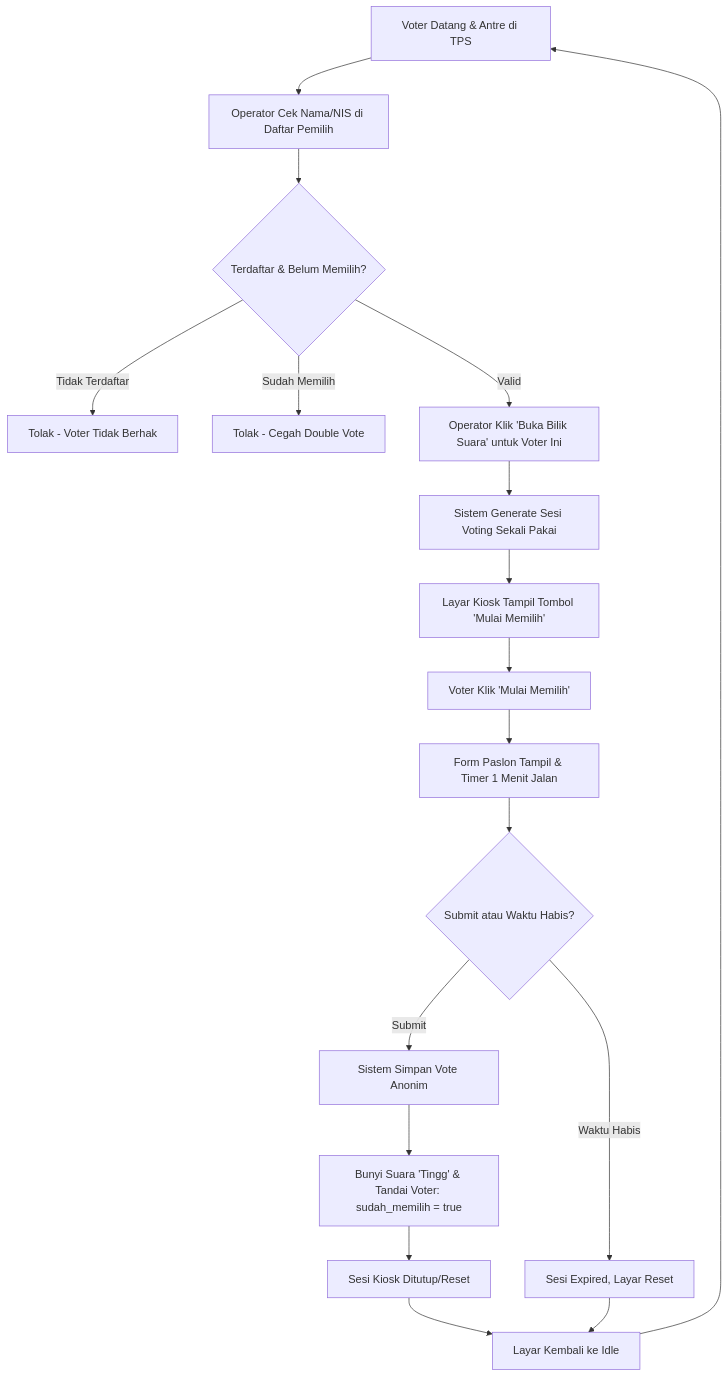
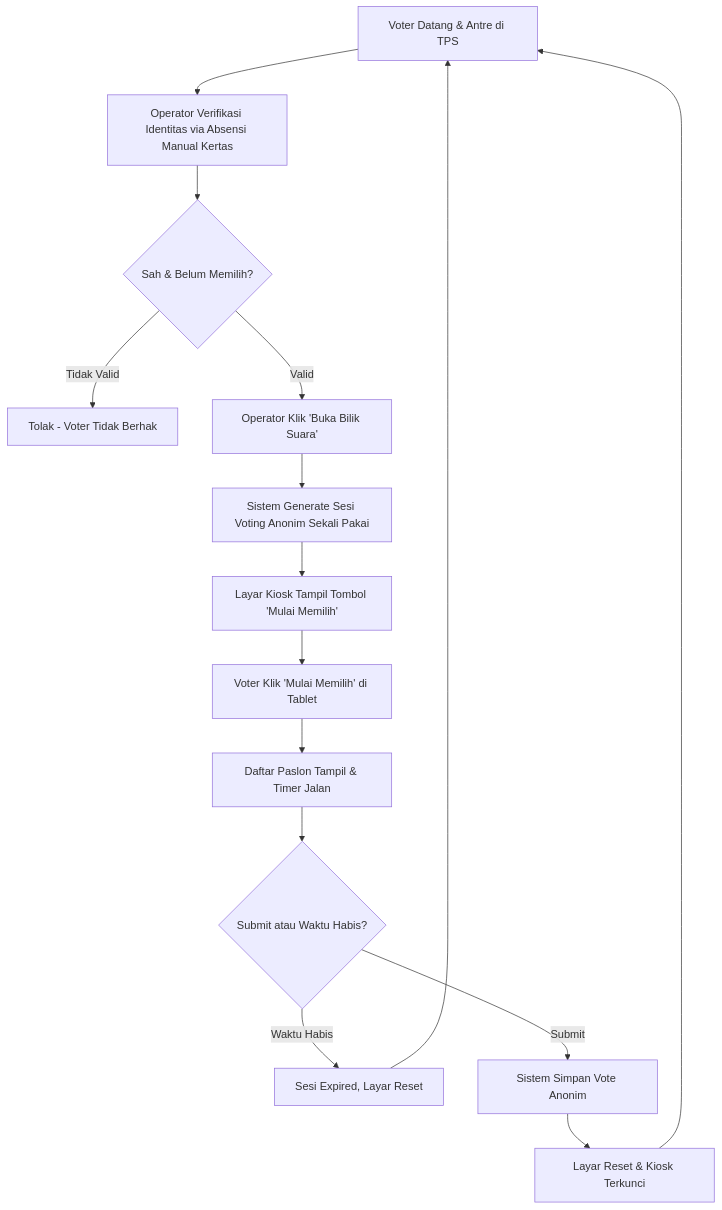
The second of 4 diagrams in docs/prd (1).md (Adityamewmew/smartVoting), drawn with Mermaid before and after one commit. The commit also changed other lines of this file, not shown here.

````diff
--- a/docs/prd (1).md
+++ b/docs/prd (1).md
@@ -83,20 +77,17 @@
 ```mermaid
 flowchart TD
-    A[Voter Datang & Antre di TPS] --> B[Operator Cek Nama/NIS di Daftar Pemilih]
-    B --> C{Terdaftar & Belum Memilih?}
-    C -- Tidak Terdaftar --> D[Tolak - Voter Tidak Berhak]
-    C -- Sudah Memilih --> E[Tolak - Cegah Double Vote]
-    C -- Valid --> F[Operator Klik 'Buka Bilik Suara' untuk Voter Ini]
-    F --> G[Sistem Generate Sesi Voting Sekali Pakai]
-    G --> H[Layar Kiosk Tampil Tombol 'Mulai Memilih']
-    H --> I[Voter Klik 'Mulai Memilih']
-    I --> J[Form Paslon Tampil & Timer 1 Menit Jalan]
-    J --> K{Submit atau Waktu Habis?}
-    K -- Waktu Habis --> L[Sesi Expired, Layar Reset]
-    K -- Submit --> M[Sistem Simpan Vote Anonim]
-    M --> N[Bunyi Suara 'Tingg' & Tandai Voter: sudah_memilih = true]
-    N --> O[Sesi Kiosk Ditutup/Reset]
-    O --> P[Layar Kembali ke Idle]
-    L --> P
-    P --> A
+    A[Voter Datang & Antre di TPS] --> B[Operator Verifikasi Identitas via Absensi Manual Kertas]
+    B --> C{Sah & Belum Memilih?}
+    C -- Tidak Valid --> D[Tolak - Voter Tidak Berhak]
+    C -- Valid --> E[Operator Klik 'Buka Bilik Suara']
+    E --> F[Sistem Generate Sesi Voting Anonim Sekali Pakai]
+    F --> G[Layar Kiosk Tampil Tombol 'Mulai Memilih']
+    G --> H[Voter Klik 'Mulai Memilih' di Tablet]
+    H --> I[Daftar Paslon Tampil & Timer Jalan]
+    I --> J{Submit atau Waktu Habis?}
+    J -- Waktu Habis --> K[Sesi Expired, Layar Reset]
+    J -- Submit --> L[Sistem Simpan Vote Anonim]
+    L --> M[Layar Reset & Kiosk Terkunci]
+    M --> A
+    K --> A
 ```
````
